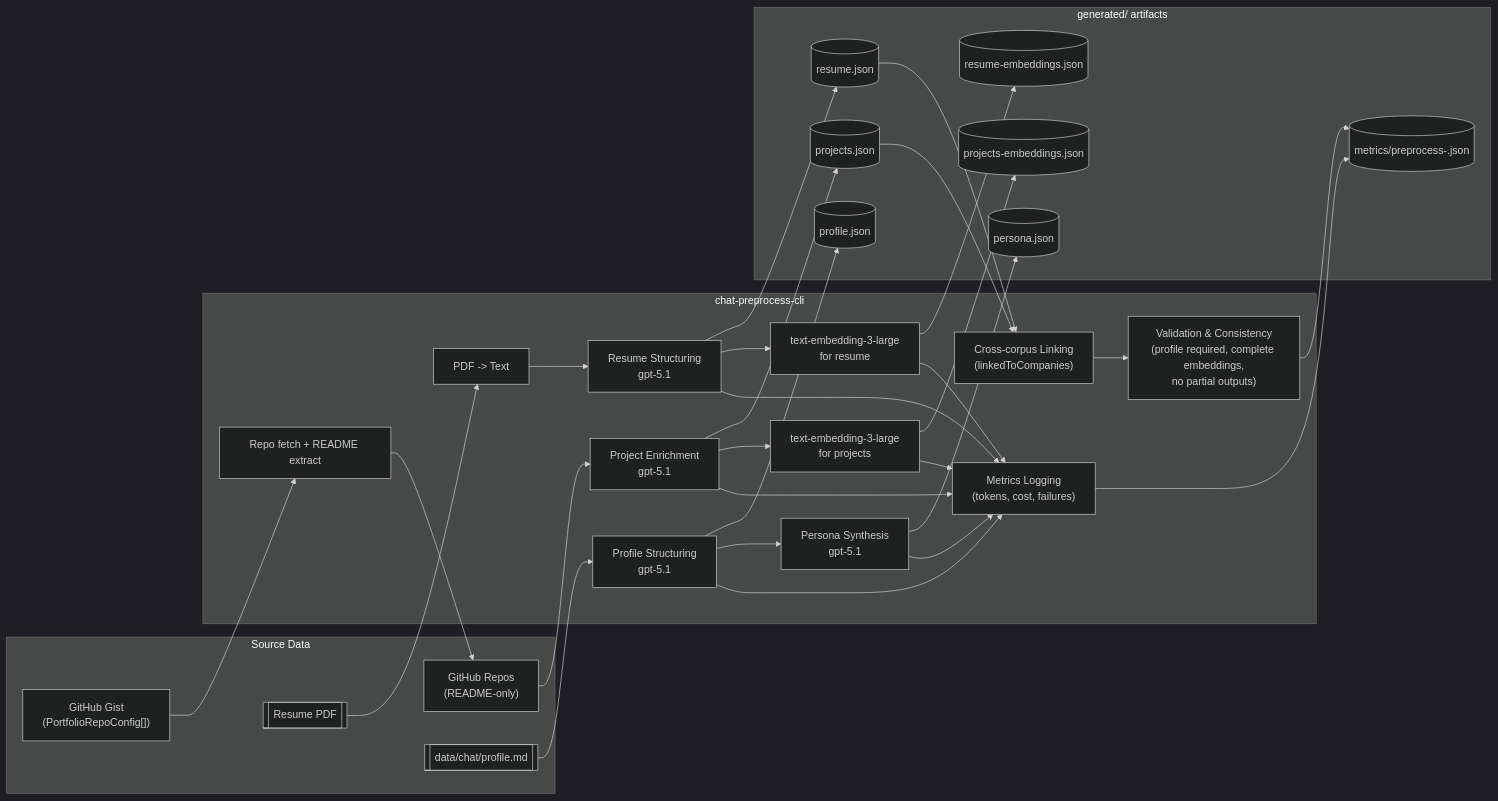
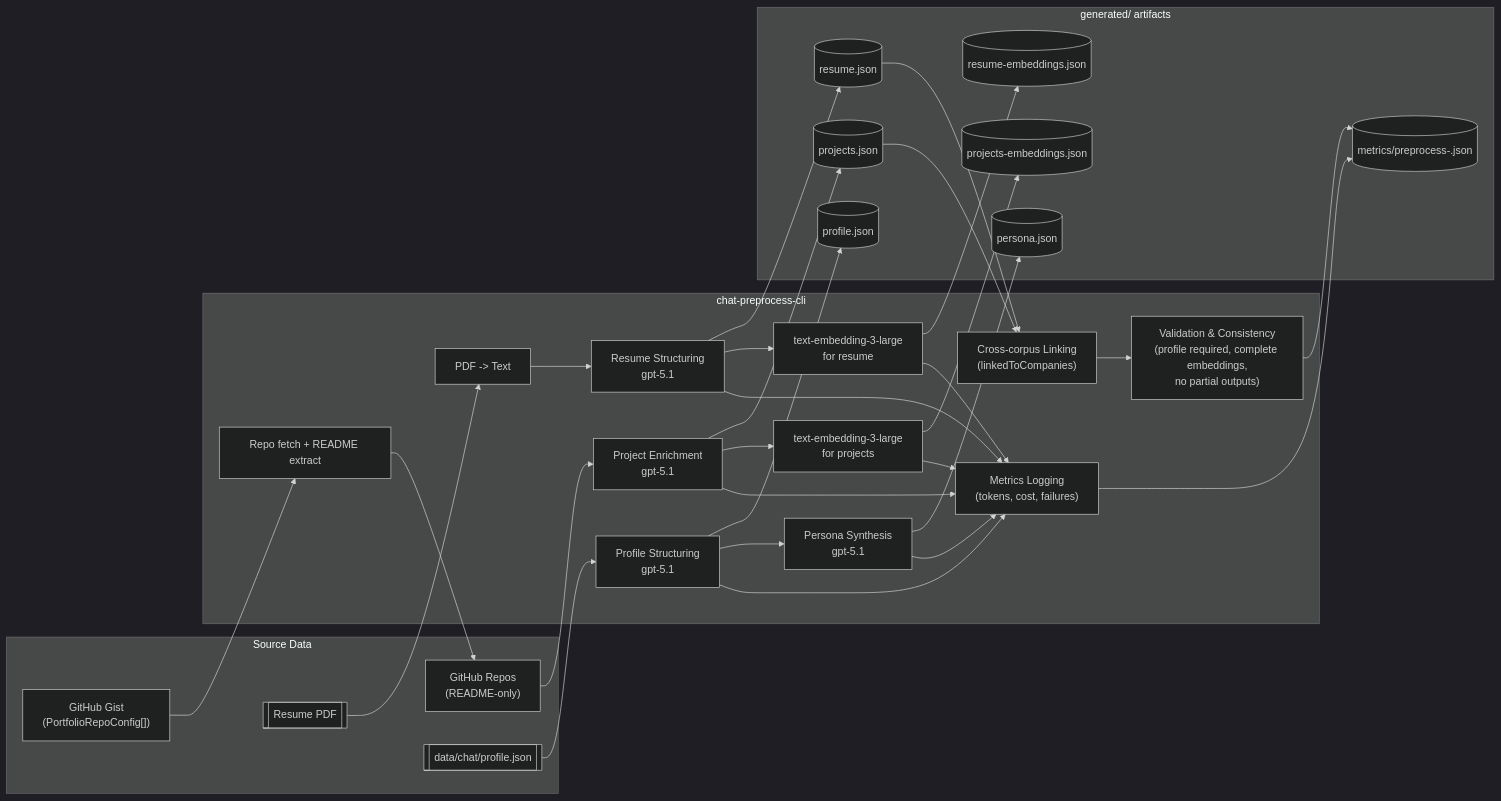
Before and after one commit to Volpestyle/portfolio: the diagram in generated-diagrams/portfolio-chat-preprocessing.mmd, drawn with Mermaid (dark theme). The commit also changed 7 other files, not shown here.

First line of the commit message:
docs(chat): update diagrams for simplified pipeline

```diff
--- a/generated-diagrams/portfolio-chat-preprocessing.mmd
+++ b/generated-diagrams/portfolio-chat-preprocessing.mmd
@@ -1,68 +1,68 @@
 %% Figure 3.0 -- Offline Preprocessing Pipeline
 %% Output: portfolio-chat-preprocessing.png
 flowchart LR
   %% === Sources ===
   subgraph SOURCES["Source Data"]
     GIST["GitHub Gist\n(PortfolioRepoConfig[])"]
     GH["GitHub Repos\n(README-only)"]
     RESUME_PDF[["Resume PDF"]]
-    PROFILE_MD[["data/chat/profile.md"]]
+    PROFILE_JSON[["data/chat/profile.json"]]
   end
 
   %% === Preprocess CLI ===
   subgraph CLI["chat-preprocess-cli"]
     SUB_GH["Repo fetch + README extract"]
     ENRICH_PROJ["Project Enrichment\ngpt-5.1"]
     EMB_PROJ["text-embedding-3-large\nfor projects"]
 
     PDF_TXT["PDF -> Text"]
     STRUCT_RESUME["Resume Structuring\ngpt-5.1"]
     EMB_RES["text-embedding-3-large\nfor resume"]
 
     STRUCT_PROFILE["Profile Structuring\ngpt-5.1"]
     PERSONA["Persona Synthesis\ngpt-5.1"]
 
     LINK["Cross-corpus Linking\n(linkedToCompanies)"]
     VALIDATE["Validation & Consistency\n(profile required, complete embeddings,\nno partial outputs)"]
     METRICS["Metrics Logging\n(tokens, cost, failures)"]
   end
 
   %% === Outputs ===
   subgraph GEN["generated/ artifacts"]
     GEN_PROJ[(projects.json)]
     GEN_PROJ_EMB[(projects-embeddings.json)]
     GEN_RES[(resume.json)]
     GEN_RES_EMB[(resume-embeddings.json)]
     GEN_PROF[(profile.json)]
     GEN_PERSONA[(persona.json)]
     GEN_METRICS[(metrics/preprocess-<runId>.json)]
   end
 
   %% --- Flows ---
   GIST --> SUB_GH
   SUB_GH --> GH
 
   GH --> ENRICH_PROJ
   ENRICH_PROJ --> GEN_PROJ
   ENRICH_PROJ --> EMB_PROJ
   EMB_PROJ --> GEN_PROJ_EMB
 
   RESUME_PDF --> PDF_TXT --> STRUCT_RESUME
   STRUCT_RESUME --> GEN_RES
   STRUCT_RESUME --> EMB_RES
   EMB_RES --> GEN_RES_EMB
 
-  PROFILE_MD --> STRUCT_PROFILE --> GEN_PROF
+  PROFILE_JSON --> STRUCT_PROFILE --> GEN_PROF
   STRUCT_PROFILE --> PERSONA --> GEN_PERSONA
 
   GEN_PROJ --> LINK
   GEN_RES --> LINK
   LINK --> VALIDATE
   VALIDATE --> GEN_METRICS
   ENRICH_PROJ --> METRICS
   STRUCT_RESUME --> METRICS
   STRUCT_PROFILE --> METRICS
   PERSONA --> METRICS
   EMB_PROJ --> METRICS
   EMB_RES --> METRICS
   METRICS --> GEN_METRICS
```
